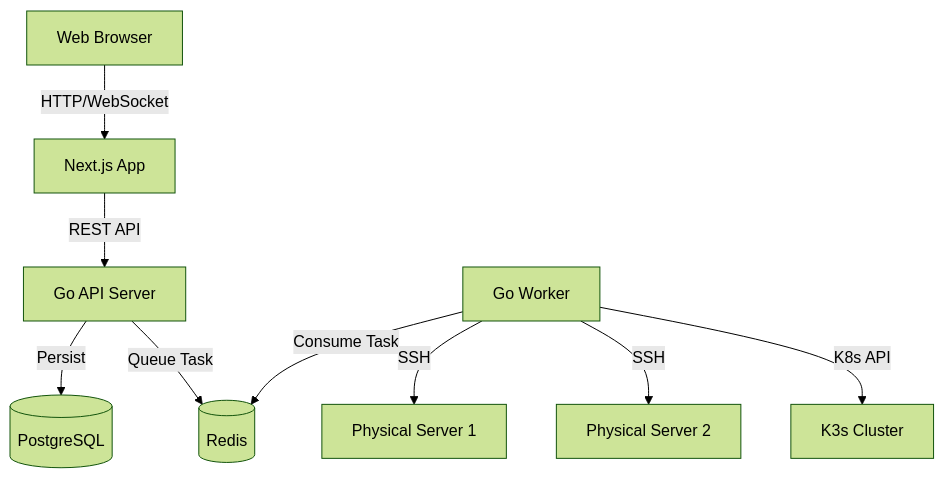
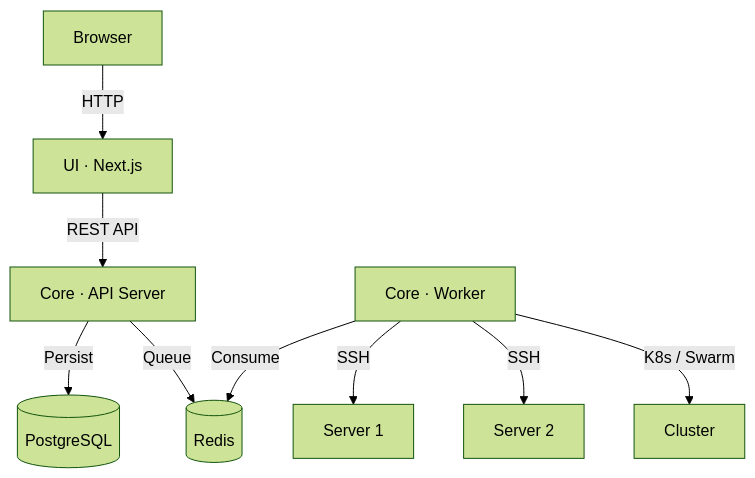
One commit to enochCodes/Orchestra changed the diagram in README.md. Above: the diagram before and after it, drawn with Mermaid (forest theme). The commit also changed other lines of this file and 131 other files, not shown here.

First line of the commit message:
Rename backend/frontend to core/ui and update CI

````diff
--- a/README.md
+++ b/README.md
@@ -22,11 +29,11 @@
 ```mermaid
 graph TD
-    Client[Web Browser] -->|HTTP/WebSocket| Frontend[Next.js App]
-    Frontend -->|REST API| API[Go API Server]
-    API -->|Persist| DB[(PostgreSQL)]
-    API -->|Queue Task| Redis[(Redis)]
-    Worker[Go Worker] -->|Consume Task| Redis
-    Worker -->|SSH| Server1[Physical Server 1]
-    Worker -->|SSH| Server2[Physical Server 2]
-    Worker -->|K8s API| Cluster[K3s Cluster]
+    Client[Browser] -->|HTTP| UI[UI · Next.js]
+    UI -->|REST API| Server[Core · API Server]
+    Server -->|Persist| DB[(PostgreSQL)]
+    Server -->|Queue| Redis[(Redis)]
+    Worker[Core · Worker] -->|Consume| Redis
+    Worker -->|SSH| Node1[Server 1]
+    Worker -->|SSH| Node2[Server 2]
+    Worker -->|K8s / Swarm| Cluster[Cluster]
 ```
````
